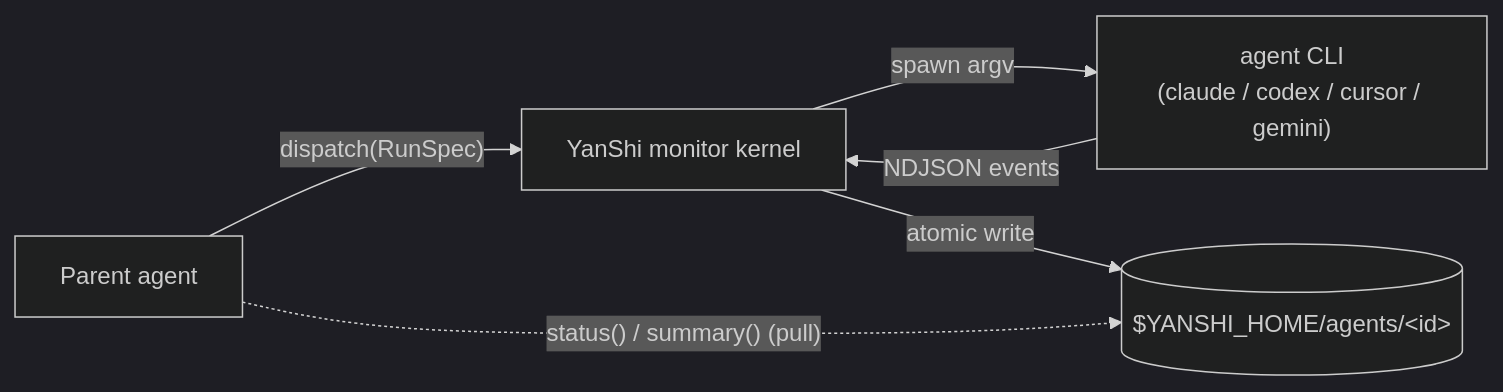
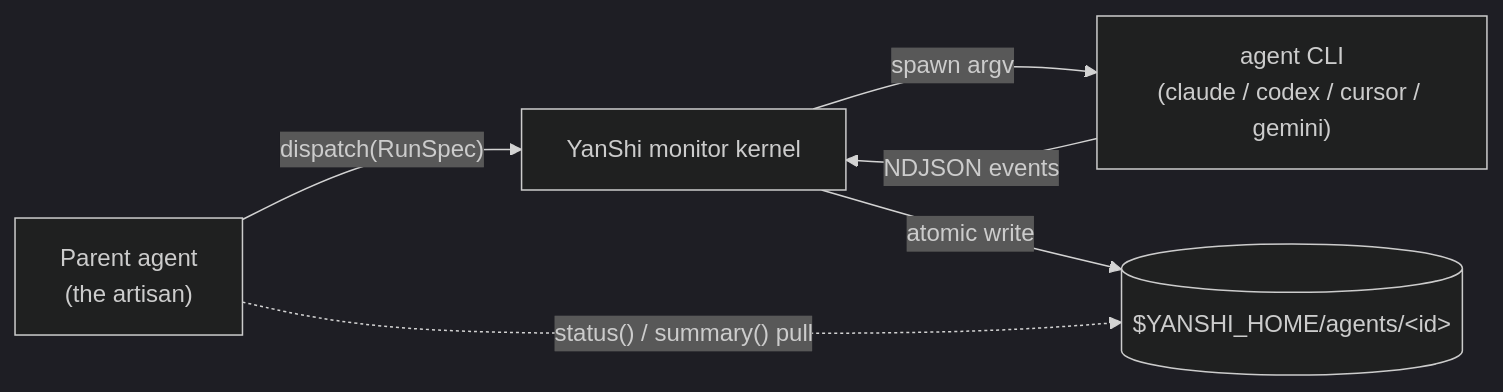
The diagram in README.md (YoRHa-Agents/YanShi), drawn with Mermaid (dark theme) before and after one commit. The commit also changed other lines of this file and 12 other files, not shown here.

First line of the commit message:
feat: reframe YanShi brand experience

````diff
--- a/README.md
+++ b/README.md
@@ -40,8 +45,8 @@
 ```mermaid
 flowchart LR
-    parent["Parent agent"] -->|"dispatch(RunSpec)"| kernel["YanShi monitor kernel"]
+    parent["Parent agent<br/>(the artisan)"] -->|"dispatch(RunSpec)"| kernel["YanShi monitor kernel"]
     kernel -->|"spawn argv"| cli["agent CLI<br/>(claude / codex / cursor / gemini)"]
     cli -->|"NDJSON events"| kernel
     kernel -->|"atomic write"| disk[("$YANSHI_HOME/agents/&lt;id&gt;")]
-    parent -.->|"status() / summary() (pull)"| disk
+    parent -.->|"status() / summary() pull"| disk
 ```
````
